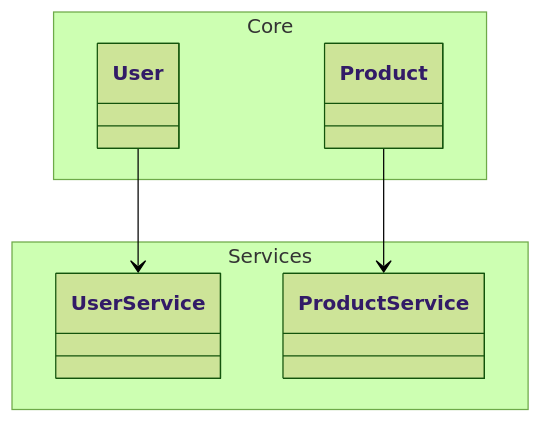
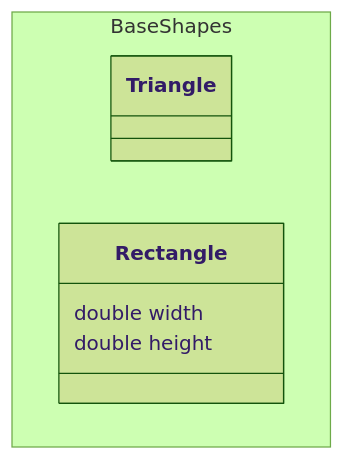
Before and after one commit to teachingai/full-stack-skills: diagram 14 of 30 in skills/mermaid/examples/class.md, drawn with Mermaid (forest theme). The commit also changed other lines of this file and 21 other files, not shown here.

First line of the commit message:
docs(mermaid): 更新架构、块、C4和类图示例文档

````diff
--- a/skills/mermaid/examples/class.md
+++ b/skills/mermaid/examples/class.md
@@ -191,14 +230,10 @@
 ```mermaid
 classDiagram
-    namespace Core {
-        class User
-        class Product
+namespace BaseShapes {
+    class Triangle
+    class Rectangle {
+      double width
+      double height
     }
-    namespace Services {
-        class UserService
-        class ProductService
-    }
-
-    User --> UserService
-    Product --> ProductService
+}
 ```
````
